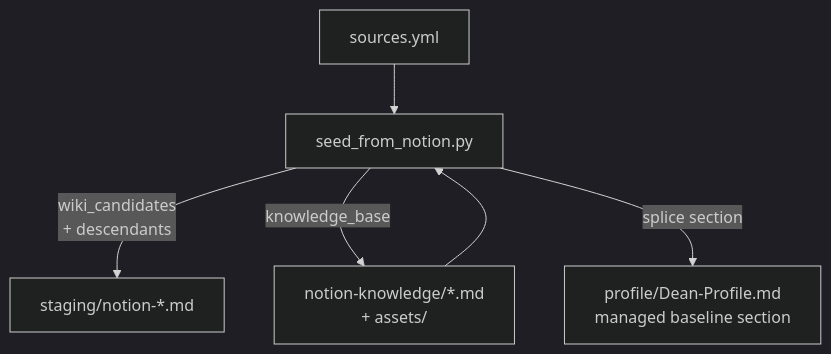
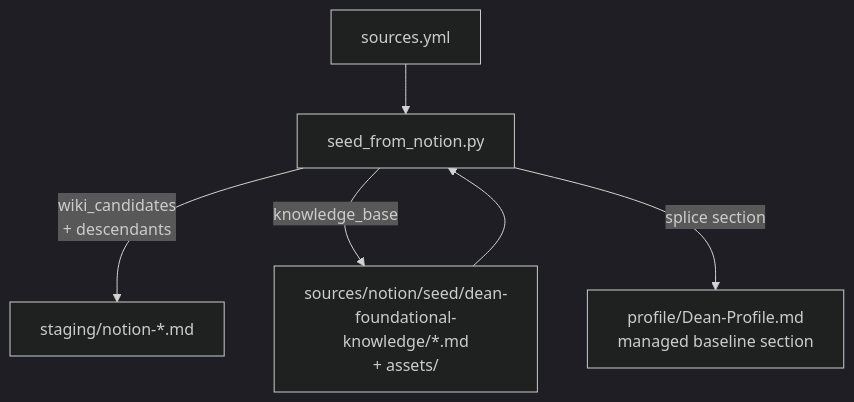
The first of 2 diagrams in specs/notion_wiki_seeding.plan.md (dean2727/aia-wiki), drawn with Mermaid (dark theme) before and after one commit. The commit also changed other lines of this file and 93 other files, not shown here.

````diff
--- a/specs/notion_wiki_seeding.plan.md
+++ b/specs/notion_wiki_seeding.plan.md
@@ -34,14 +34,14 @@
 ```mermaid
 flowchart TB
   yml["sources.yml"]
   seed["seed_from_notion.py"]
-  nk["notion-knowledge/*.md\n+ assets/"]
+  nk["sources/notion/seed/dean-foundational-knowledge/*.md\n+ assets/"]
   profile["profile/Dean-Profile.md\nmanaged baseline section"]
   st["staging/notion-*.md"]
 
   yml --> seed
   seed -->|"wiki_candidates\n+ descendants"| st
   seed -->|"knowledge_base"| nk
   nk --> seed
   seed -->|"splice section"| profile
 ```
````
